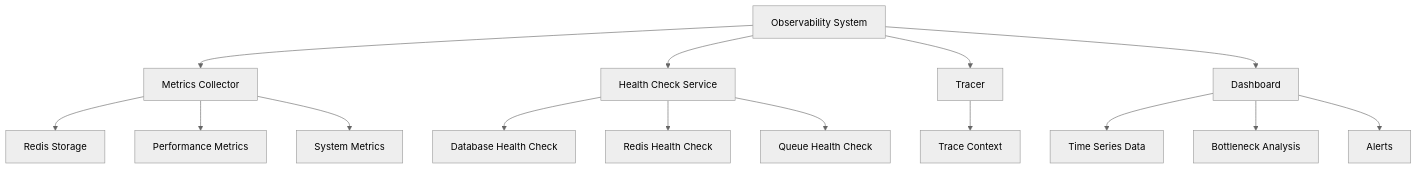
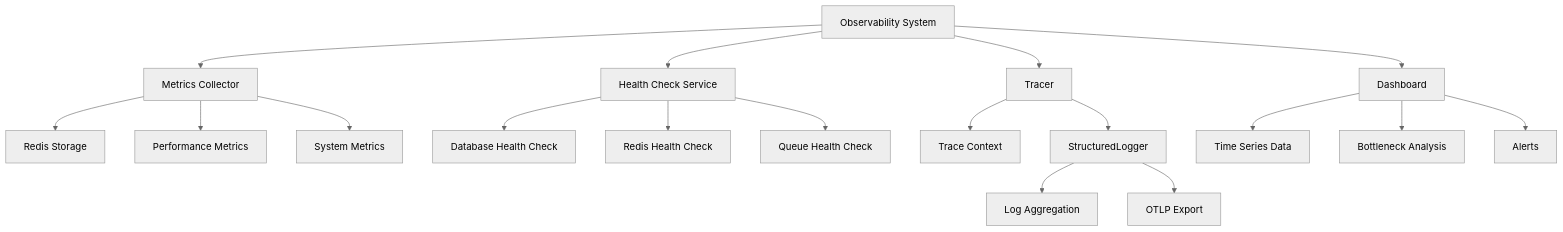
The first of 13 diagrams in .qoder/repowiki/en/content/Audit Core System/Observability/Observability.md (smedrec/smart-logs), drawn with Mermaid (neutral theme) before and after one commit. The commit also changed other lines of this file and 13 other files, not shown here.

First line of the commit message:
feat(logging): replace ConsoleLogger with StructuredLogger system

````diff
--- a/.qoder/repowiki/en/content/Audit Core System/Observability/Observability.md
+++ b/.qoder/repowiki/en/content/Audit Core System/Observability/Observability.md
@@ -50,17 +50,20 @@
 ```mermaid
 graph TD
 A[Observability System] --> B[Metrics Collector]
 A --> C[Health Check Service]
 A --> D[Tracer]
 A --> E[Dashboard]
 B --> F[Redis Storage]
 C --> G[Database Health Check]
 C --> H[Redis Health Check]
 C --> I[Queue Health Check]
 D --> J[Trace Context]
 E --> K[Time Series Data]
 E --> L[Bottleneck Analysis]
 B --> M[Performance Metrics]
 B --> N[System Metrics]
 E --> O[Alerts]
+D --> P[StructuredLogger]
+P --> Q[Log Aggregation]
+P --> R[OTLP Export]
 ```
````
